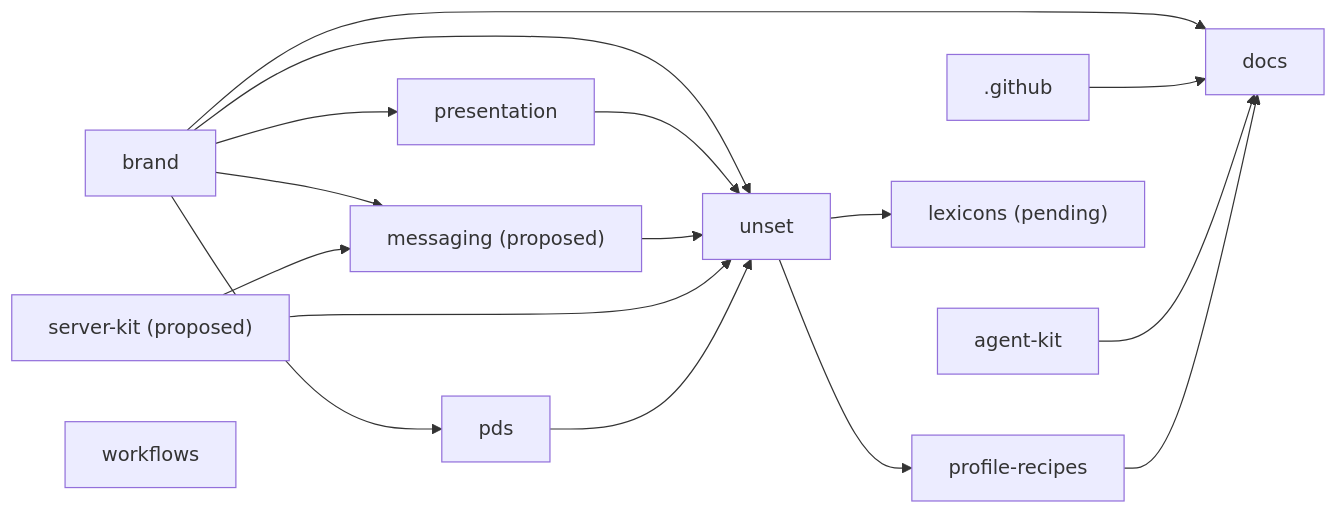
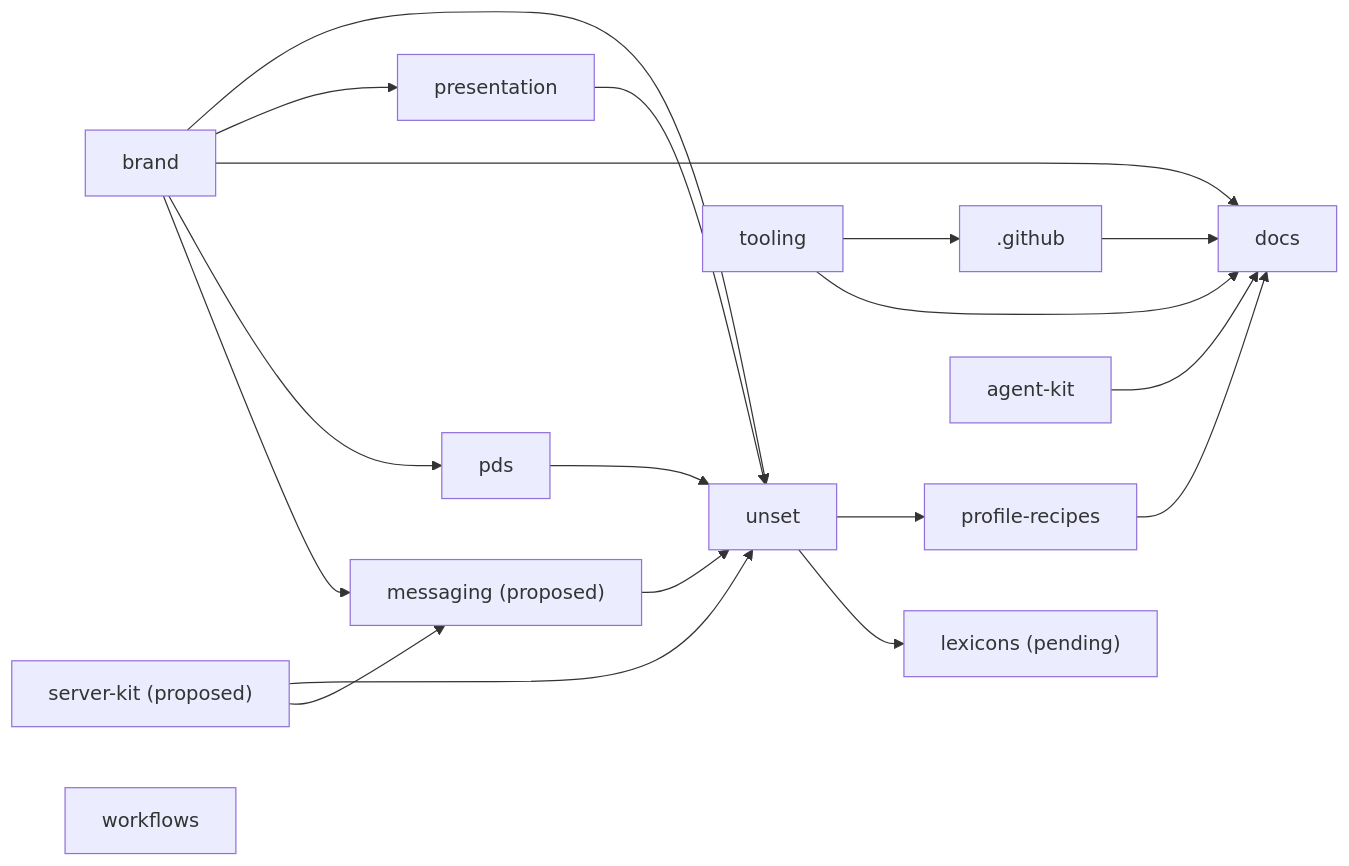
The diagram in MAP.md (unset-sh/.github), drawn with Mermaid before and after one commit. The commit also changed other lines of this file and 55 other files, not shown here.

````diff
--- a/MAP.md
+++ b/MAP.md
@@ -32,30 +33,33 @@
 ```mermaid
 flowchart LR
   r_unset["unset"]
   r__github[".github"]
+  r_tooling["tooling"]
   r_brand["brand"]
   r_presentation["presentation"]
   r_profile_recipes["profile-recipes"]
   r_docs["docs"]
   r_pds["pds"]
   r_lexicons["lexicons (pending)"]
   r_messaging["messaging (proposed)"]
   r_server_kit["server-kit (proposed)"]
   r_agent_kit["agent-kit"]
   r_workflows["workflows"]
   r_brand --> r_unset
   r_presentation --> r_unset
   r_messaging --> r_unset
   r_server_kit --> r_unset
   r_pds --> r_unset
+  r_tooling --> r__github
   r_brand --> r_presentation
   r_unset --> r_profile_recipes
   r_brand --> r_docs
   r__github --> r_docs
   r_agent_kit --> r_docs
   r_profile_recipes --> r_docs
+  r_tooling --> r_docs
   r_brand --> r_pds
   r_unset --> r_lexicons
   r_brand --> r_messaging
   r_server_kit --> r_messaging
 ```
````
